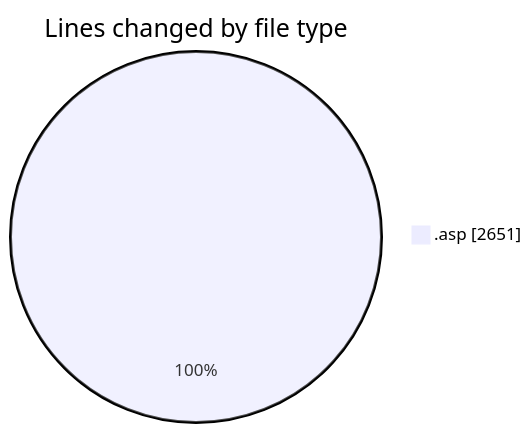
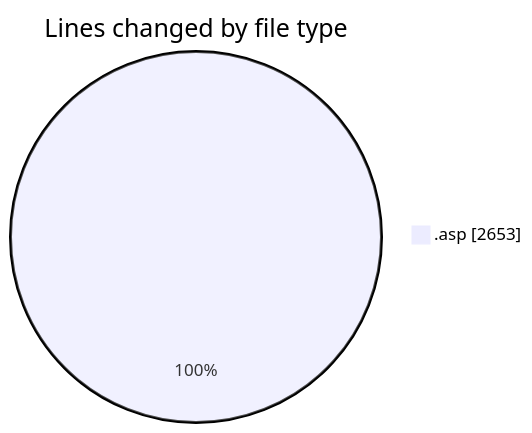
One commit to julien-gomy/code-tracking changed the first of 2 diagrams in 2025-10-31/cdp_aleoudev_fr__workspace_/README.md. Above: the diagram before and after it, drawn with Mermaid. The commit also changed other lines of this file and 1 other file, not shown here.

````diff
--- a/2025-10-31/cdp_aleoudev_fr__workspace_/README.md
+++ b/2025-10-31/cdp_aleoudev_fr__workspace_/README.md
@@ -21,5 +21,5 @@
 ```mermaid
 pie showData
 title Lines changed by file type
-".asp" : 2651
+".asp" : 2653
 ```
````
